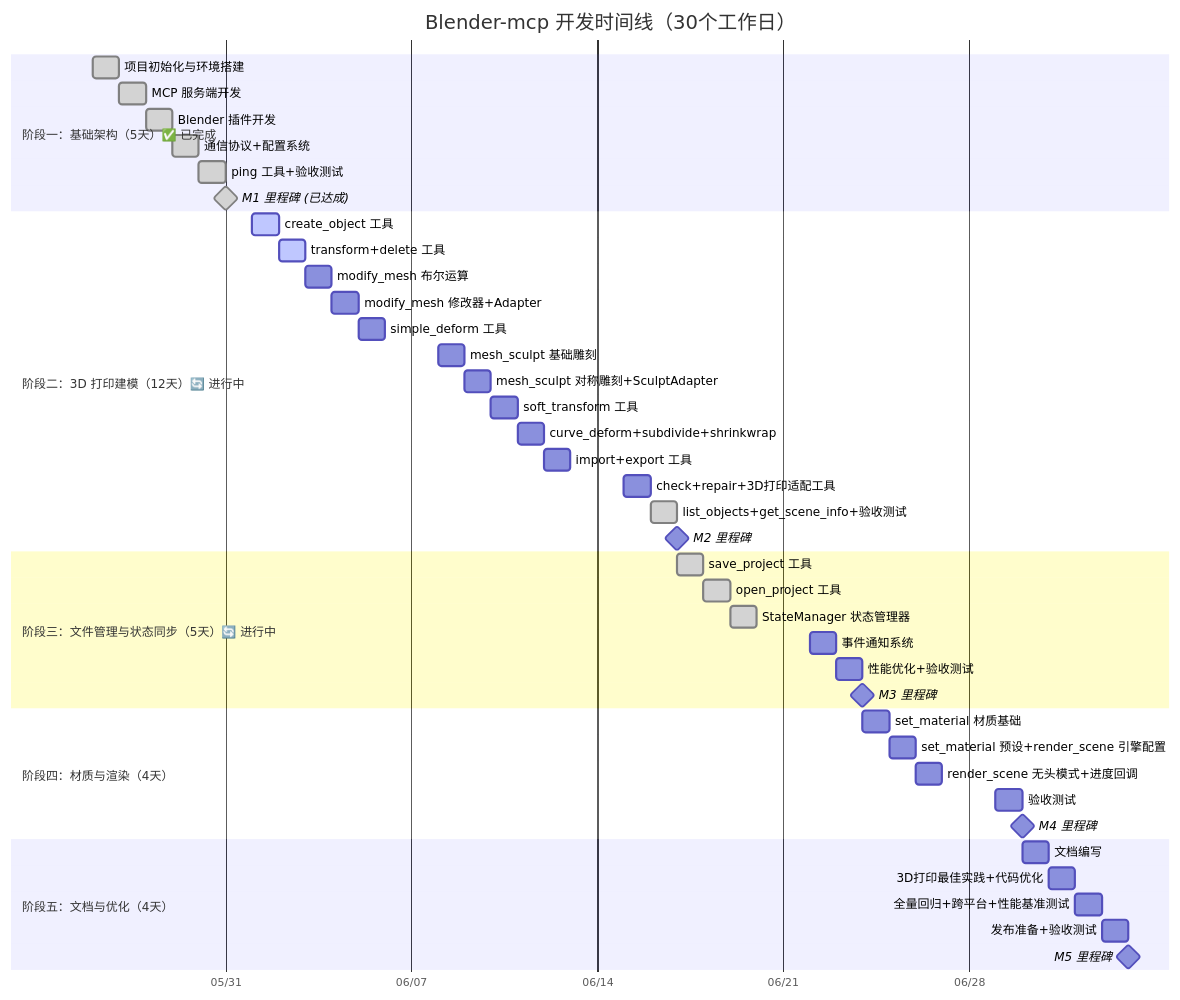
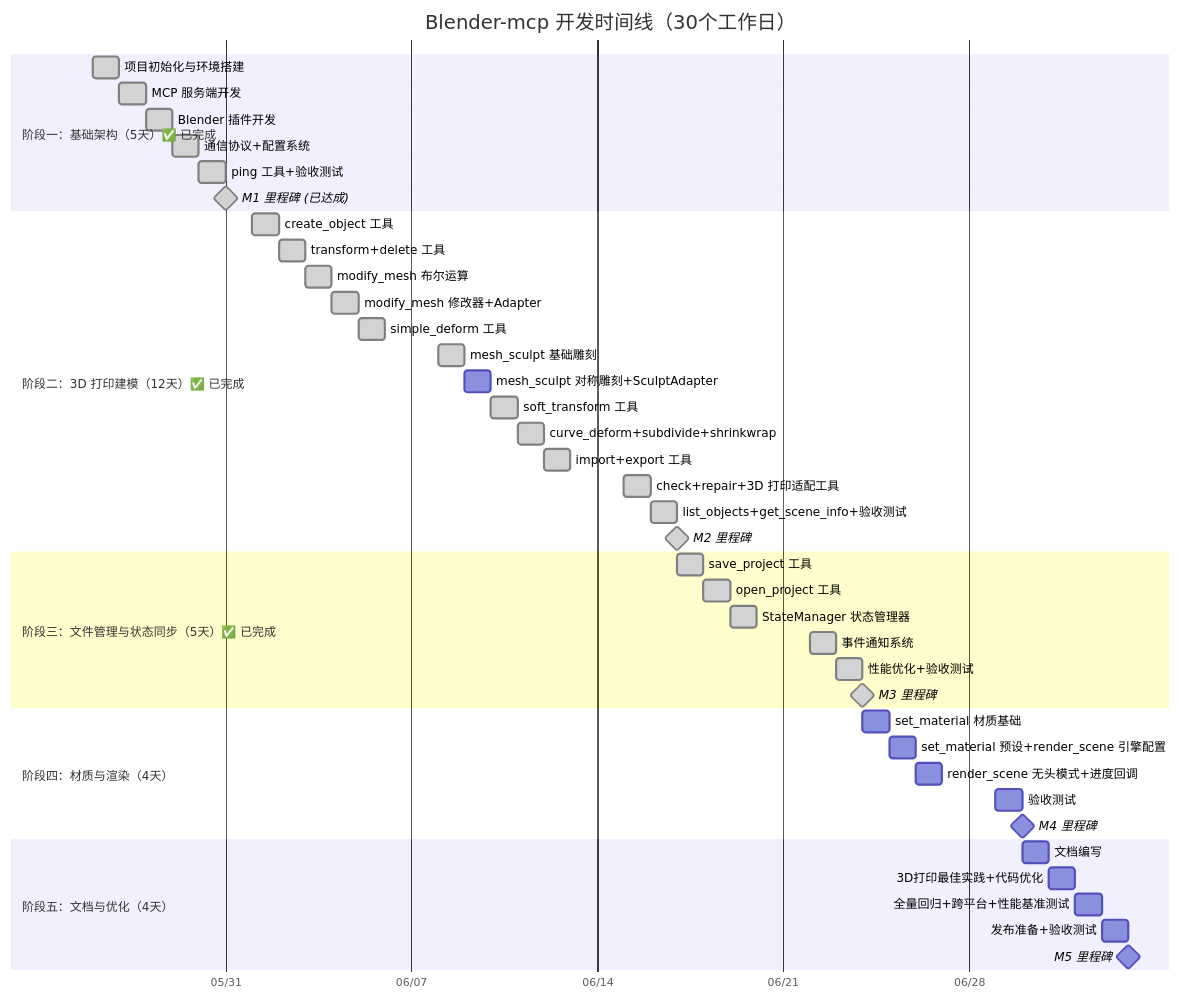
The first of 2 diagrams in document/开发计划.md (xjdxjd/Blender-MCP), drawn with Mermaid before and after one commit. The commit also changed other lines of this file and 1 other file, not shown here.

````diff
--- a/document/开发计划.md
+++ b/document/开发计划.md
@@ -39,51 +39,51 @@
 ```mermaid
 gantt
     title Blender-mcp 开发时间线（30个工作日）
     dateFormat  YYYY-MM-DD
     axisFormat  %m/%d
 
     section 阶段一：基础架构（5天）✅ 已完成
     项目初始化与环境搭建          :done, a1, 2026-05-26, 1d
     MCP 服务端开发                :done, a2, 2026-05-27, 1d
     Blender 插件开发              :done, a3, 2026-05-28, 1d
     通信协议+配置系统             :done, a4, 2026-05-29, 1d
     ping 工具+验收测试            :done, a5, 2026-05-30, 1d
     M1 里程碑 (已达成)             :milestone, done, after a5, 0d
 
-    section 阶段二：3D 打印建模（12天）🔄 进行中
-    create_object 工具            :active, b1, 2026-06-01, 1d
-    transform+delete 工具         :active, b2, 2026-06-02, 1d
-    modify_mesh 布尔运算          :b3, 2026-06-03, 1d
-    modify_mesh 修改器+Adapter    :b4, 2026-06-04, 1d
-    simple_deform 工具            :b5, 2026-06-05, 1d
-    mesh_sculpt 基础雕刻          :b6, 2026-06-08, 1d
+    section 阶段二：3D 打印建模（12天）✅ 已完成
+    create_object 工具            :done, b1, 2026-06-01, 1d
+    transform+delete 工具         :done, b2, 2026-06-02, 1d
+    modify_mesh 布尔运算          :done, b3, 2026-06-03, 1d
+    modify_mesh 修改器+Adapter    :done, b4, 2026-06-04, 1d
+    simple_deform 工具            :done, b5, 2026-06-05, 1d
+    mesh_sculpt 基础雕刻          :done, b6, 2026-06-08, 1d
     mesh_sculpt 对称雕刻+SculptAdapter :b7, 2026-06-09, 1d
-    soft_transform 工具           :b8, 2026-06-10, 1d
-    curve_deform+subdivide+shrinkwrap :b9, 2026-06-11, 1d
-    import+export 工具            :b10, 2026-06-12, 1d
-    check+repair+3D打印适配工具    :b11, 2026-06-15, 1d
+    soft_transform 工具           :done, b8, 2026-06-10, 1d
+    curve_deform+subdivide+shrinkwrap :done, b9, 2026-06-11, 1d
+    import+export 工具            :done, b10, 2026-06-12, 1d
+    check+repair+3D 打印适配工具    :done, b11, 2026-06-15, 1d
     list_objects+get_scene_info+验收测试 :done, b12, 2026-06-16, 1d
-    M2 里程碑                     :milestone, after b12, 0d
+    M2 里程碑                     :milestone, done, after b12, 0d
 
-    section 阶段三：文件管理与状态同步（5天）🔄 进行中
+    section 阶段三：文件管理与状态同步（5天）✅ 已完成
     save_project 工具             :done, c1, 2026-06-17, 1d
     open_project 工具             :done, c2, 2026-06-18, 1d
     StateManager 状态管理器       :done, c3, 2026-06-19, 1d
-    事件通知系统                  :c4, 2026-06-22, 1d
-    性能优化+验收测试             :c5, 2026-06-23, 1d
-    M3 里程碑                     :milestone, after c5, 0d
+    事件通知系统                  :done, c4, 2026-06-22, 1d
+    性能优化+验收测试             :done, c5, 2026-06-23, 1d
+    M3 里程碑                     :milestone, done, after c5, 0d
 
     section 阶段四：材质与渲染（4天）
     set_material 材质基础         :d1, 2026-06-24, 1d
     set_material 预设+render_scene 引擎配置 :d2, 2026-06-25, 1d
     render_scene 无头模式+进度回调 :d3, 2026-06-26, 1d
     验收测试                      :d4, 2026-06-29, 1d
     M4 里程碑                     :milestone, after d4, 0d
 
     section 阶段五：文档与优化（4天）
     文档编写                      :e1, 2026-06-30, 1d
     3D打印最佳实践+代码优化       :e2, 2026-07-01, 1d
     全量回归+跨平台+性能基准测试  :e3, 2026-07-02, 1d
     发布准备+验收测试             :e4, 2026-07-03, 1d
     M5 里程碑                     :milestone, after e4, 0d
 ```
````
